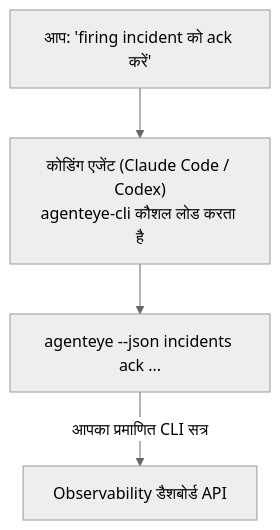
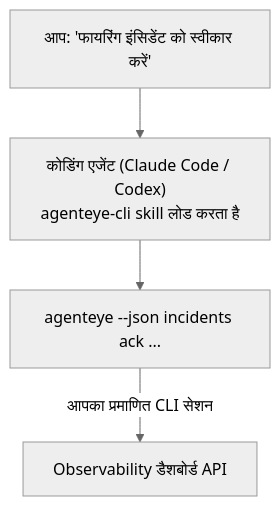
The diagram in docs/hi/agenteye/cli-skill.mdx (FailproofAI/failproofai), drawn with Mermaid (neutral theme) before and after one commit. The commit also changed other lines of this file and 651 other files, not shown here.

````diff
--- a/docs/hi/agenteye/cli-skill.mdx
+++ b/docs/hi/agenteye/cli-skill.mdx
@@ -28,6 +29,6 @@
 ```mermaid
 flowchart TD
-    YOU["आप: 'firing incident को ack करें'"] --> AGENT["कोडिंग एजेंट (Claude Code / Codex)<br/>agenteye-cli कौशल लोड करता है"]
+    YOU["आप: 'फायरिंग इंसिडेंट को स्वीकार करें'"] --> AGENT["कोडिंग एजेंट (Claude Code / Codex)<br/>agenteye-cli skill लोड करता है"]
     AGENT --> CLI["agenteye --json incidents ack ..."]
-    CLI -->|आपका प्रमाणित CLI सत्र| API["Observability डैशबोर्ड API"]
+    CLI -->|आपका प्रमाणित CLI सेशन| API["Observability डैशबोर्ड API"]
 ```
````
